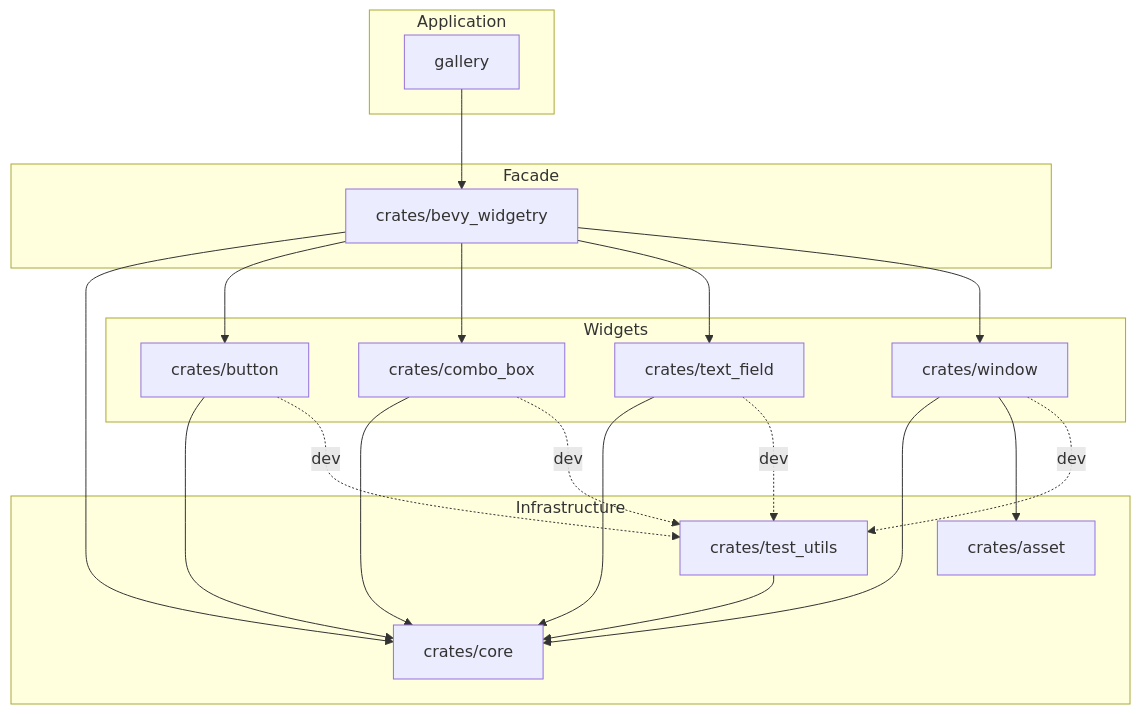
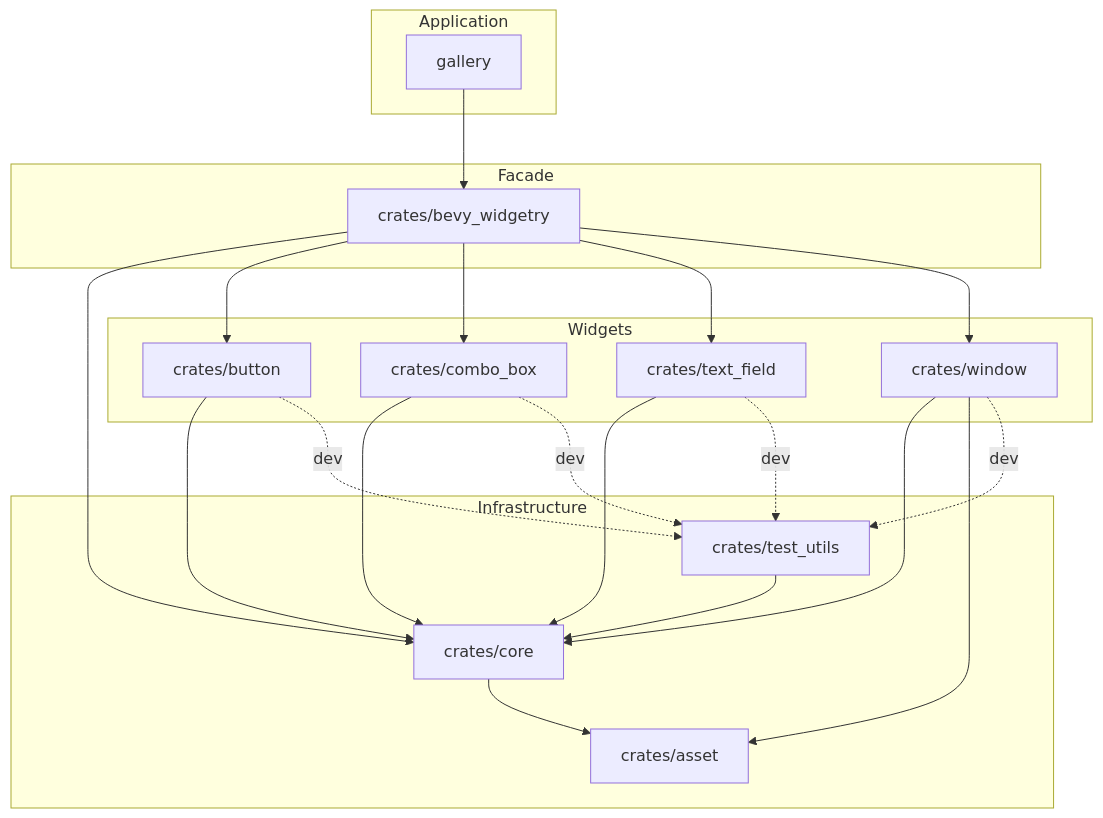
The diagram in docs/architecture.md (slc90/bevy_widgetry), drawn with Mermaid before and after one commit. The commit also changed other lines of this file and 22 other files, not shown here.

````diff
--- a/docs/architecture.md
+++ b/docs/architecture.md
@@ -84,44 +84,45 @@
 ```mermaid
 flowchart TD
     subgraph Application
         gallery["gallery"]
     end
 
     subgraph Facade
         widgetry["crates/bevy_widgetry"]
     end
 
     subgraph Widgets
         button["crates/button"]
         combo_box["crates/combo_box"]
         text_field["crates/text_field"]
         window["crates/window"]
     end
 
     subgraph Infrastructure
         asset["crates/asset"]
         core["crates/core"]
         test_utils["crates/test_utils"]
     end
 
     gallery --> widgetry
 
     widgetry --> core
     widgetry --> button
     widgetry --> combo_box
     widgetry --> text_field
     widgetry --> window
 
     button --> core
     combo_box --> core
     text_field --> core
     window --> core
     window --> asset
+    core --> asset
 
     test_utils --> core
 
     button -. dev .-> test_utils
     combo_box -. dev .-> test_utils
     text_field -. dev .-> test_utils
     window -. dev .-> test_utils
 ```
````
